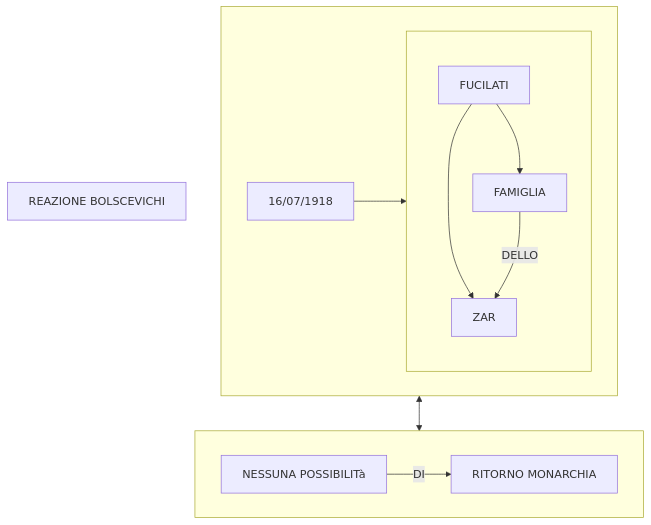
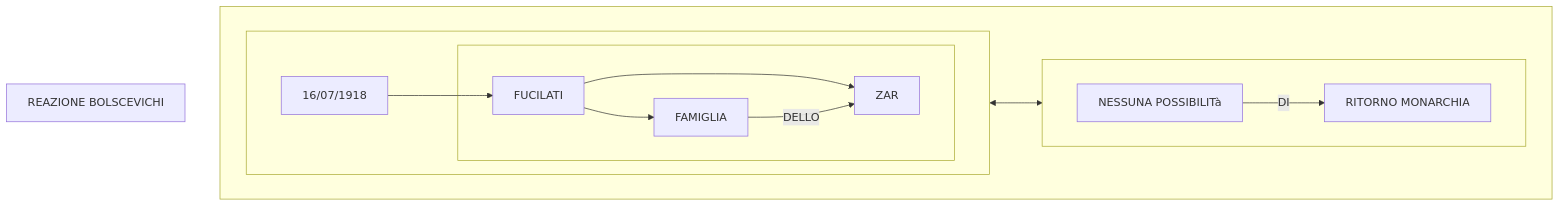
One commit to Laaouatni/ricerca-storia-MermaidJS changed the eighth of 8 diagrams in stalinismo.md. Above: the diagram before and after it, drawn with Mermaid.

````diff
--- a/stalinismo.md
+++ b/stalinismo.md
@@ -346,21 +346,23 @@
 ```mermaid
 flowchart TB
     0[REAZIONE BOLSCEVICHI]
-    subgraph 1[" "]
-        10[16/07/1918]
-        subgraph 11[" "]
-            110[FUCILATI]
-            1100[ZAR]
-            1101[FAMIGLIA]
-            110 --> 1100 & 1101
-            1101 -->|DELLO| 1100
+    subgraph 13[" "]
+        subgraph 1[" "]
+            10[16/07/1918]
+            subgraph 11[" "]
+                110[FUCILATI]
+                1100[ZAR]
+                1101[FAMIGLIA]
+                110 --> 1100 & 1101
+                1101 -->|DELLO| 1100
+            end
+            10 --> 110
         end
-        10 --> 11
+        subgraph 12[" "]
+            120[NESSUNA POSSIBILITà]
+            121[RITORNO MONARCHIA]
+            120 --> |DI| 121
+        end
+        1 <--> 12 
     end
-    subgraph 12[" "]
-        120[NESSUNA POSSIBILITà]
-        121[RITORNO MONARCHIA]
-        120 --> |DI| 121
-    end
-    1 <--> 12 
 ```
````
